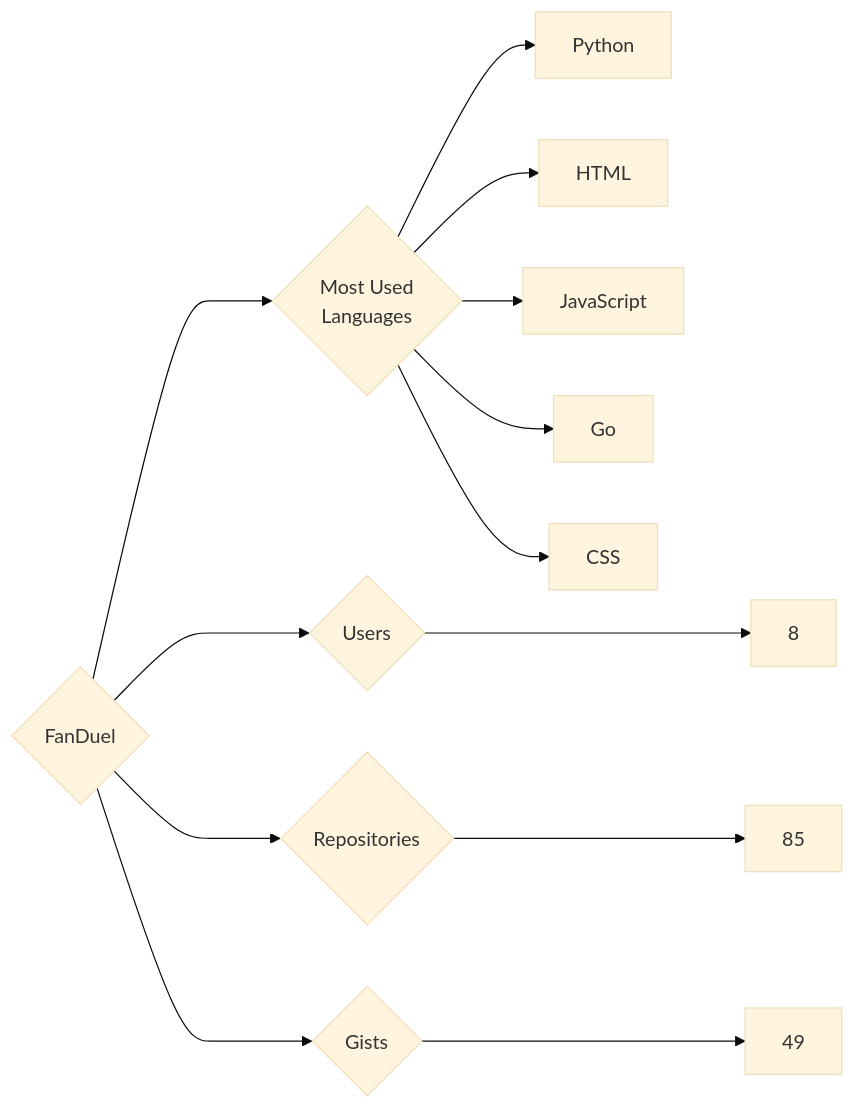
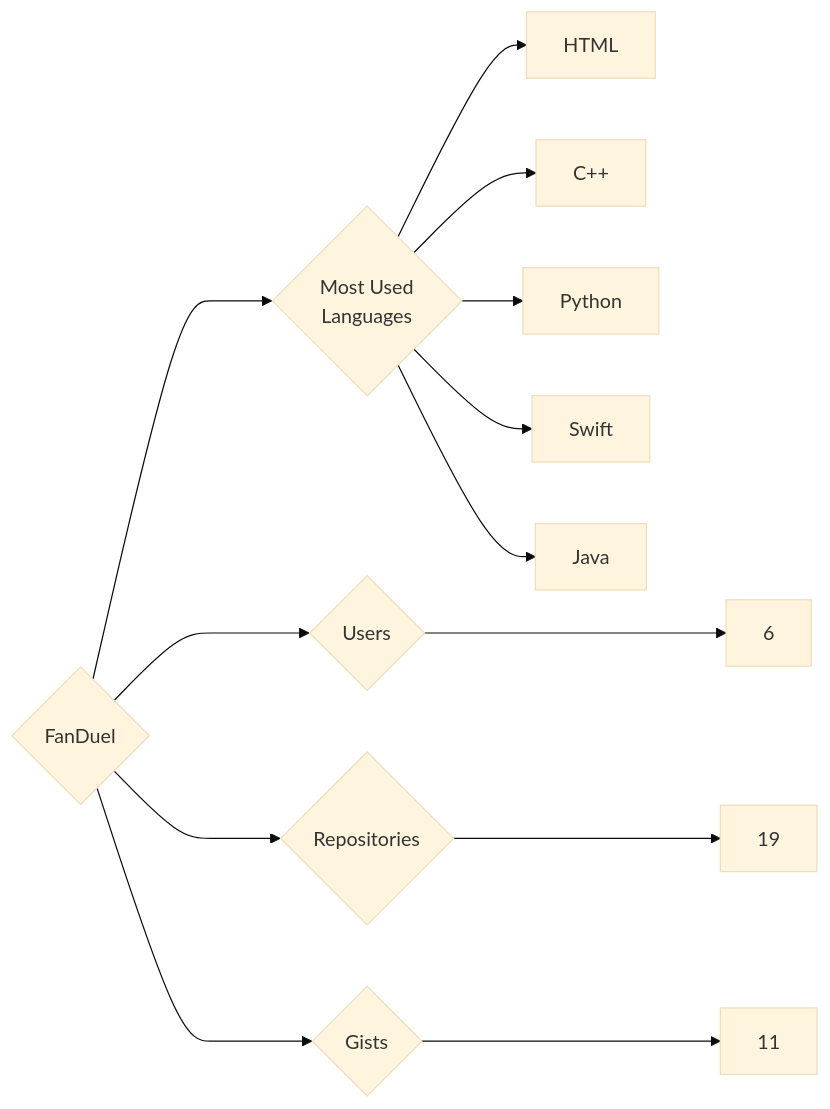
One commit to trickest/insiders changed the diagram in targets/FanDuel/README.md. Above: the diagram before and after it, drawn with Mermaid (base theme). The commit also changed 1092 other files, not shown here.

````diff
--- a/targets/FanDuel/README.md
+++ b/targets/FanDuel/README.md
@@ -3,13 +3,13 @@
 ```mermaid
 graph LR
 COMPANY_NAME{FanDuel}
-COMPANY_NAME ---> U{Users} ---> UN[8]
-COMPANY_NAME ---> R{Repositories} ---> RN[85]
-COMPANY_NAME ---> G{Gists} ---> GN[49]
+COMPANY_NAME ---> U{Users} ---> UN[6]
+COMPANY_NAME ---> R{Repositories} ---> RN[19]
+COMPANY_NAME ---> G{Gists} ---> GN[11]
 COMPANY_NAME ---> ML{Most Used<br>Languages}
+ML --> HTML[HTML]
+ML --> C++[C++]
 ML --> Python[Python]
-ML --> HTML[HTML]
-ML --> JavaScript[JavaScript]
-ML --> Go[Go]
-ML --> CSS[CSS]
+ML --> Swift[Swift]
+ML --> Java[Java]
 ```
````
